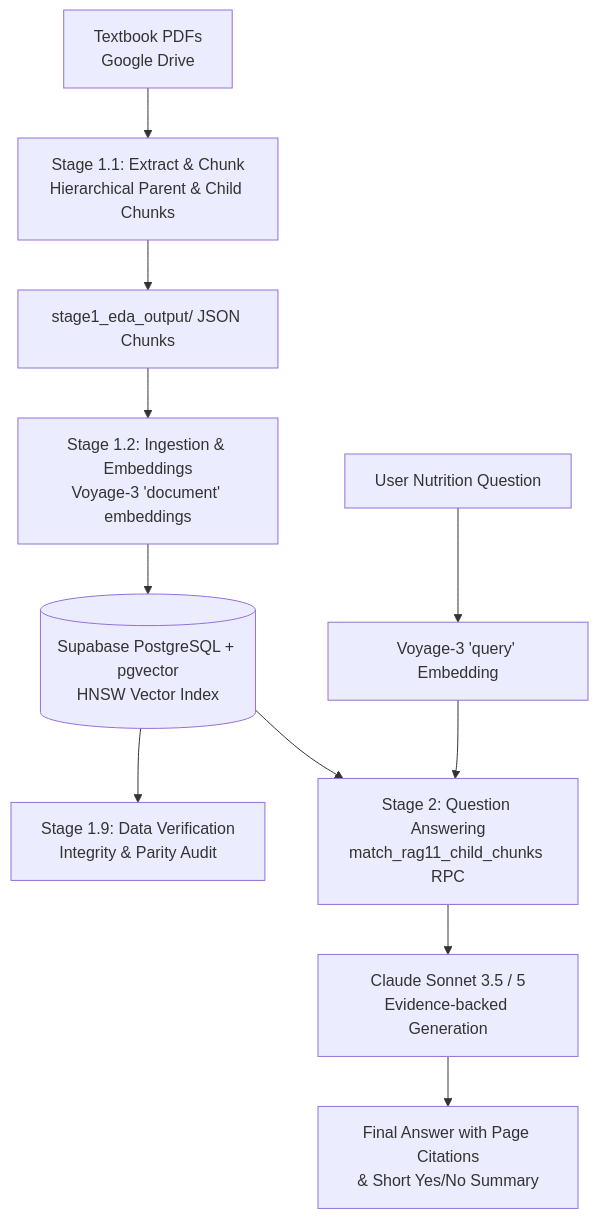
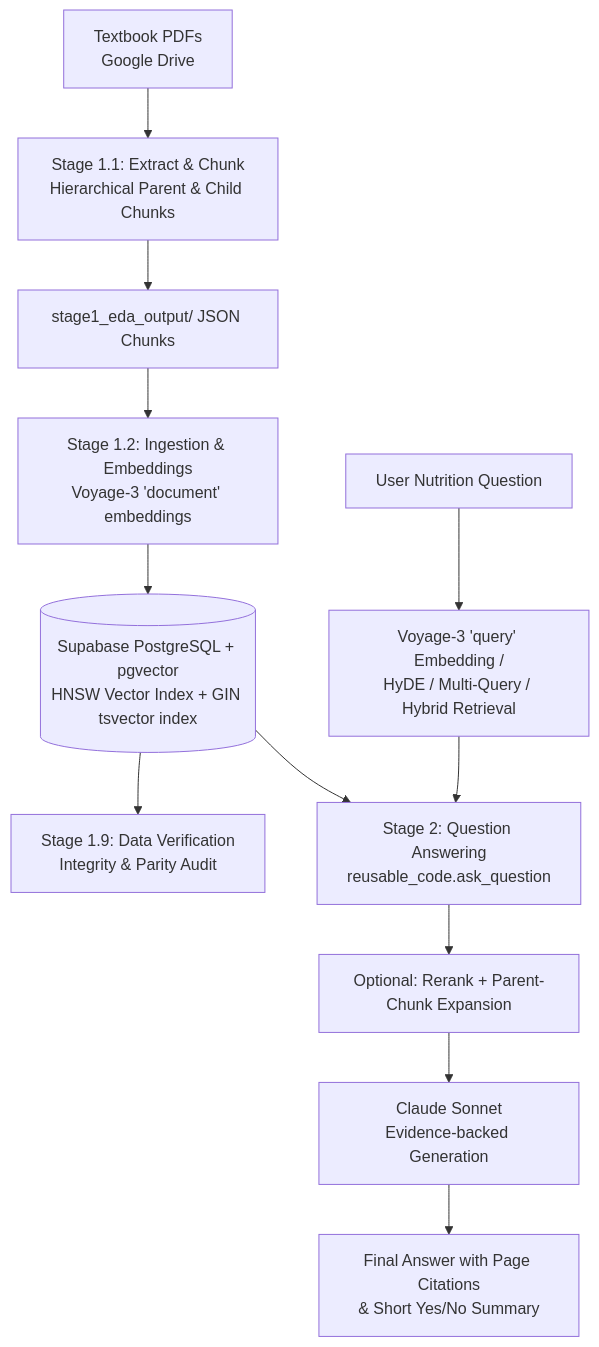
One commit to fotomain/RAG11-nutriciology changed the diagram in README.md. Above: the diagram before and after it, drawn with Mermaid. The commit also changed other lines of this file and 373 other files, not shown here.

Commit message:
stage2_ask_examples7_ys.ipynb - Yoga-Sutra questions incl. Devanagari

````diff
--- a/README.md
+++ b/README.md
@@ -12,13 +11,14 @@
 ```mermaid
 flowchart TD
     A[Textbook PDFs<br/>Google Drive] --> B[Stage 1.1: Extract & Chunk<br/>Hierarchical Parent & Child Chunks]
     B --> C[stage1_eda_output/ JSON Chunks]
     C --> D[Stage 1.2: Ingestion & Embeddings<br/>Voyage-3 'document' embeddings]
-    D --> E[(Supabase PostgreSQL + pgvector<br/>HNSW Vector Index)]
+    D --> E[(Supabase PostgreSQL + pgvector<br/>HNSW Vector Index + GIN tsvector index)]
     E --> F[Stage 1.9: Data Verification<br/>Integrity & Parity Audit]
-    E --> G[Stage 2: Question Answering<br/>match_rag11_child_chunks RPC]
-    H[User Nutrition Question] --> I[Voyage-3 'query' Embedding]
+    E --> G[Stage 2: Question Answering<br/>reusable_code.ask_question]
+    H[User Nutrition Question] --> I[Voyage-3 'query' Embedding /<br/>HyDE / Multi-Query / Hybrid Retrieval]
     I --> G
-    G --> J[Claude Sonnet 3.5 / 5<br/>Evidence-backed Generation]
+    G --> R[Optional: Rerank + Parent-Chunk Expansion]
+    R --> J[Claude Sonnet<br/>Evidence-backed Generation]
     J --> K[Final Answer with Page Citations<br/>& Short Yes/No Summary]
 ```
````
